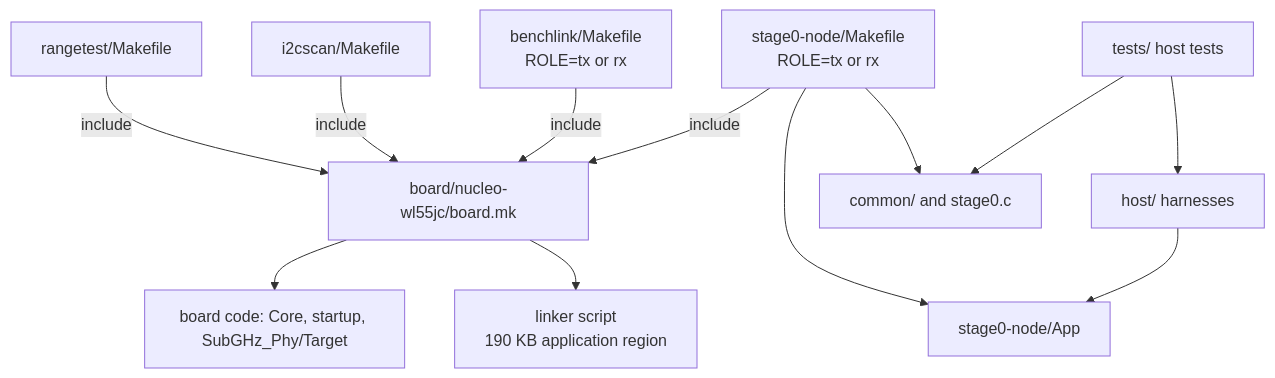
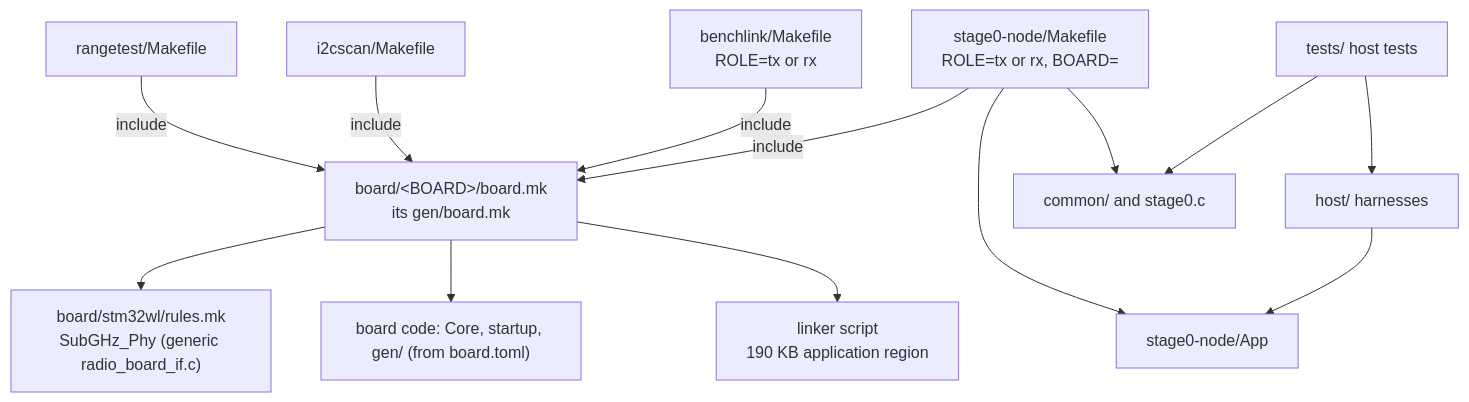
One commit to clintecker/weather-station-2026 changed the diagram in firmware/README.md. Above: the diagram before and after it, drawn with Mermaid. The commit also changed other lines of this file and 61 other files, not shown here.

````diff
--- a/firmware/README.md
+++ b/firmware/README.md
@@ -21,14 +22,15 @@
 ```mermaid
 flowchart TD
-  NM["stage0-node/Makefile<br/>ROLE=tx or rx"] -->|"include"| BMK["board/nucleo-wl55jc/board.mk"]
+  NM["stage0-node/Makefile<br/>ROLE=tx or rx, BOARD="] -->|"include"| BMK["board/&lt;BOARD&gt;/board.mk<br/>its gen/board.mk"]
   RM["rangetest/Makefile"] -->|"include"| BMK
   IM["i2cscan/Makefile"] -->|"include"| BMK
   BLM["benchlink/Makefile<br/>ROLE=tx or rx"] -->|"include"| BMK
-  BMK --> BC["board code: Core, startup, SubGHz_Phy/Target"]
+  BMK --> RUL["board/stm32wl/rules.mk<br/>SubGHz_Phy (generic radio_board_if.c)"]
+  BMK --> BC["board code: Core, startup, gen/ (from board.toml)"]
   BMK --> LD["linker script<br/>190 KB application region"]
   NM --> APP["stage0-node/App"]
   NM --> COM["common/ and stage0.c"]
   TESTS["tests/ host tests"] --> COM
   TESTS --> HOST["host/ harnesses"]
   HOST --> APP
 ```
````
